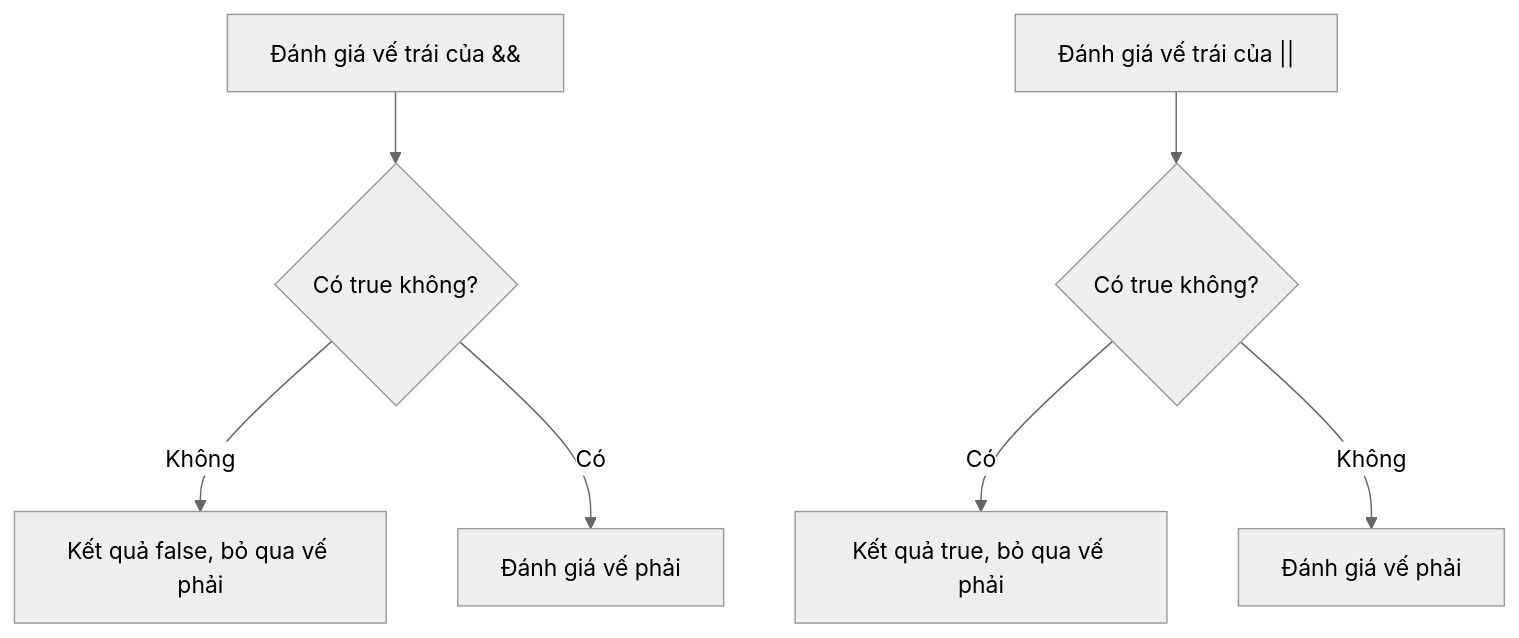
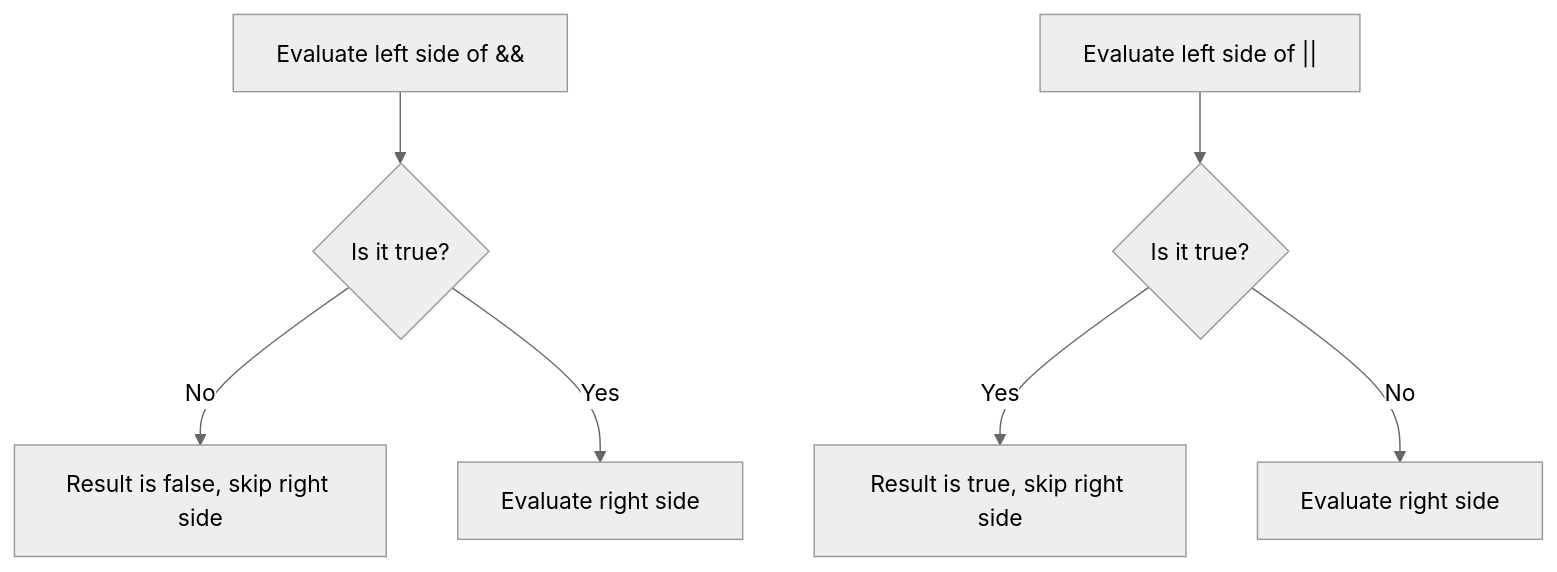
One commit to phuongnguyenit93/learning-platform-data changed the diagram in module/platform/development/programming/language/java/core/language-basics/content/knowledge/en/13.expressions/expressions-007.md. Above: the diagram before and after it, drawn with Mermaid (neutral theme). The commit also changed other lines of this file and 2307 other files, not shown here.

```diff
--- a/module/platform/development/programming/language/java/core/language-basics/content/knowledge/en/13.expressions/expressions-007.md
+++ b/module/platform/development/programming/language/java/core/language-basics/content/knowledge/en/13.expressions/expressions-007.md
@@ -179,9 +179,9 @@
 ~~~mermaid
 flowchart TD
-    A["Đánh giá vế trái của &&"] --> B{"Có true không?"}
-    B -- "Không" --> C["Kết quả false, bỏ qua vế phải"]
-    B -- "Có" --> D["Đánh giá vế phải"]
-    E["Đánh giá vế trái của ||"] --> F{"Có true không?"}
-    F -- "Có" --> G["Kết quả true, bỏ qua vế phải"]
-    F -- "Không" --> H["Đánh giá vế phải"]
+    A["Evaluate left side of &&"] --> B{"Is it true?"}
+    B -- "No" --> C["Result is false, skip right side"]
+    B -- "Yes" --> D["Evaluate right side"]
+    E["Evaluate left side of ||"] --> F{"Is it true?"}
+    F -- "Yes" --> G["Result is true, skip right side"]
+    F -- "No" --> H["Evaluate right side"]
 ~~~
```
